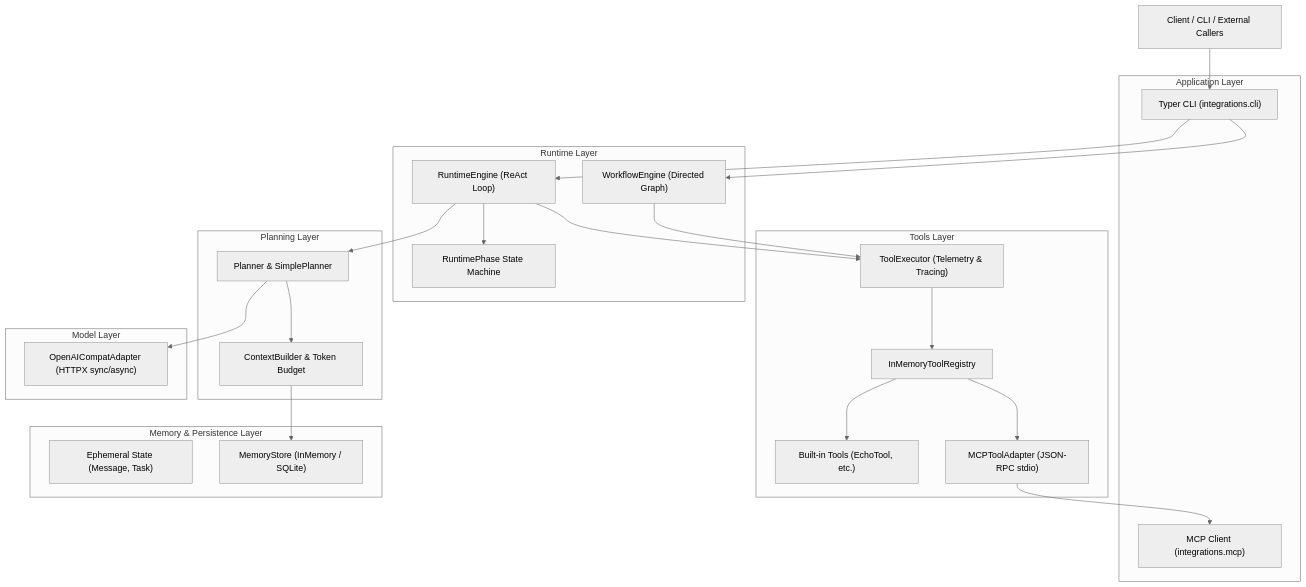
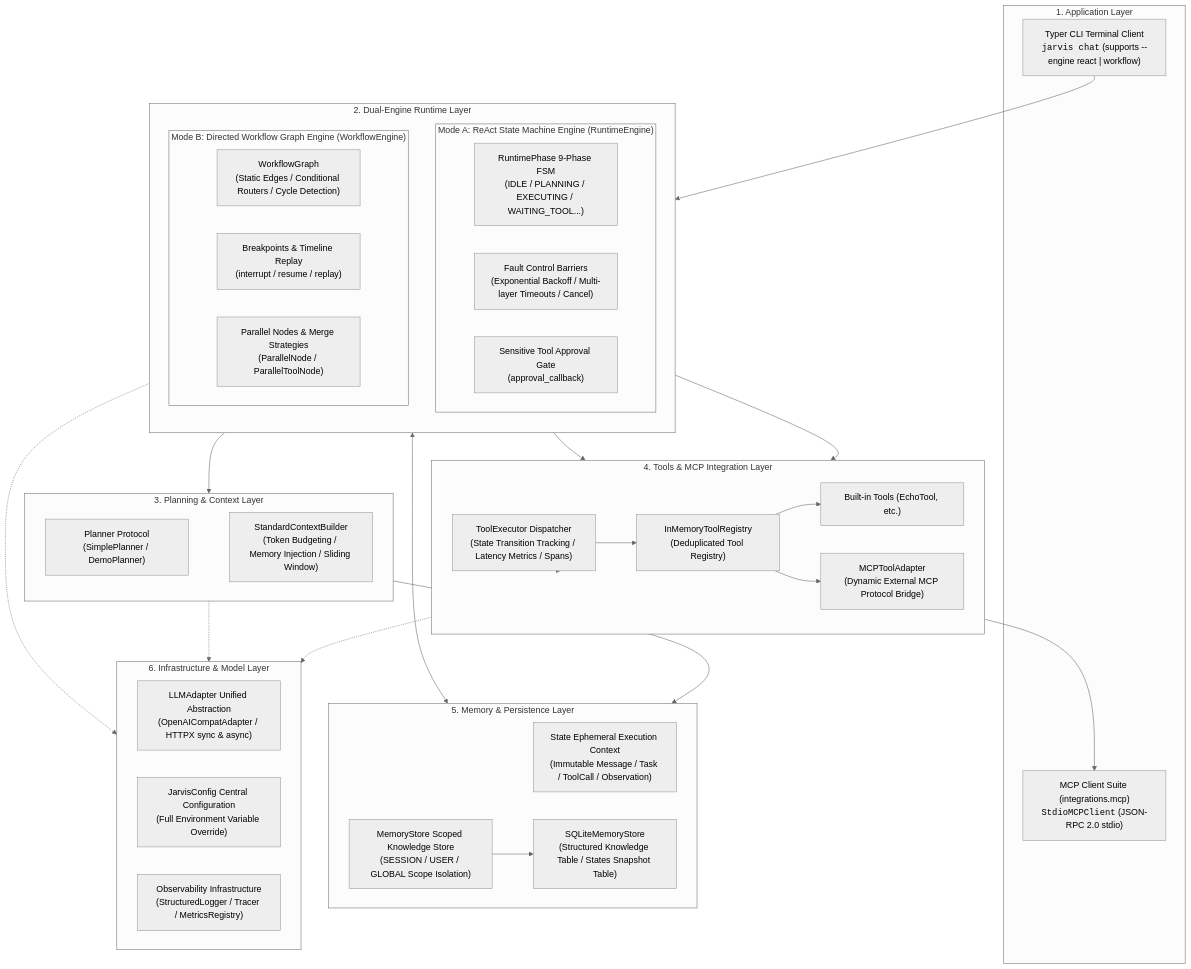
Before and after one commit to theGitForDalibor/AgentCore: the first of 3 diagrams in README.en.md, drawn with Mermaid (neutral theme). The commit also changed other lines of this file and 1 other file, not shown here.

Commit message:
Refactor code structure for improved readability and maintainability

````diff
--- a/README.en.md
+++ b/README.en.md
@@ -58,51 +77,77 @@
 ```mermaid
 flowchart TD
-    Client["Client / CLI / External Callers"]
-    
-    subgraph AppLayer ["Application Layer"]
-        CLI["Typer CLI (integrations.cli)"]
-        MCPClientPkg["MCP Client (integrations.mcp)"]
+    %% 1. Application Layer
+    subgraph AppLayer["1. Application Layer"]
+        CLI["Typer CLI Terminal Client<br><code>jarvis chat</code> (supports --engine react | workflow)"]
+        MCPClientPkg["MCP Client Suite (integrations.mcp)<br><code>StdioMCPClient</code> (JSON-RPC 2.0 stdio)"]
     end
 
-    subgraph RuntimeLayer ["Runtime Layer"]
-        RuntimeEngine["RuntimeEngine (ReAct Loop)"]
-        WorkflowEngine["WorkflowEngine (Directed Graph)"]
-        StateMachine["RuntimePhase State Machine"]
+    %% 2. Dual-Engine Runtime Layer
+    subgraph EngineLayer["2. Dual-Engine Runtime Layer"]
+        direction TB
+
+        subgraph ReActEngine["Mode A: ReAct State Machine Engine (RuntimeEngine)"]
+            direction LR
+            SM["RuntimePhase 9-Phase FSM<br>(IDLE / PLANNING / EXECUTING / WAITING_TOOL...)"]
+            Retry["Fault Control Barriers<br>(Exponential Backoff / Multi-layer Timeouts / Cancel)"]
+            Approval["Sensitive Tool Approval Gate<br>(approval_callback)"]
+        end
+
+        subgraph WorkflowEngineBox["Mode B: Directed Workflow Graph Engine (WorkflowEngine)"]
+            direction LR
+            Graph["WorkflowGraph<br>(Static Edges / Conditional Routers / Cycle Detection)"]
+            HITL["Breakpoints & Timeline Replay<br>(interrupt / resume / replay)"]
+            Parallel["Parallel Nodes & Merge Strategies<br>(ParallelNode / ParallelToolNode)"]
+        end
     end
 
-    subgraph PlanLayer ["Planning Layer"]
-        Planner["Planner & SimplePlanner"]
-        ContextBuilder["ContextBuilder & Token Budget"]
+    %% 3. Planning & Context Layer
+    subgraph PlanLayer["3. Planning & Context Layer"]
+        direction LR
+        Planner["Planner Protocol<br>(SimplePlanner / DemoPlanner)"]
+        ContextBuilder["StandardContextBuilder<br>(Token Budgeting / Memory Injection / Sliding Window)"]
     end
 
-    subgraph ToolLayer ["Tools Layer"]
-        ToolExecutor["ToolExecutor (Telemetry & Tracing)"]
-        ToolRegistry["InMemoryToolRegistry"]
-        BuiltinTools["Built-in Tools (EchoTool, etc.)"]
-        MCPAdapter["MCPToolAdapter (JSON-RPC stdio)"]
+    %% 4. Tools & MCP Integration Layer
+    subgraph ToolLayer["4. Tools & MCP Integration Layer"]
+        direction LR
+        Executor["ToolExecutor Dispatcher<br>(State Transition Tracking / Latency Metrics / Spans)"]
+        Registry["InMemoryToolRegistry<br>(Deduplicated Tool Registry)"]
+        MCPAdapter["MCPToolAdapter<br>(Dynamic External MCP Protocol Bridge)"]
+        EchoTool["Built-in Tools (EchoTool, etc.)"]
     end
 
-    subgraph StorageLayer ["Memory & Persistence Layer"]
-        StateMem["Ephemeral State (Message, Task)"]
-        MemStore["MemoryStore (InMemory / SQLite)"]
+    %% 5. Memory & Persistence Layer
+    subgraph StorageLayer["5. Memory & Persistence Layer"]
+        direction LR
+        State["State Ephemeral Execution Context<br>(Immutable Message / Task / ToolCall / Observation)"]
+        MemStore["MemoryStore Scoped Knowledge Store<br>(SESSION / USER / GLOBAL Scope Isolation)"]
+        SQLite["SQLiteMemoryStore<br>(Structured Knowledge Table / States Snapshot Table)"]
     end
 
-    subgraph ModelLayer ["Model Layer"]
-        LLMAdapter["OpenAICompatAdapter (HTTPX sync/async)"]
+    %% 6. Infrastructure & Model Layer
+    subgraph InfraLayer["6. Infrastructure & Model Layer"]
+        direction LR
+        LLM["LLMAdapter Unified Abstraction<br>(OpenAICompatAdapter / HTTPX sync & async)"]
+        Config["JarvisConfig Central Configuration<br>(Full Environment Variable Override)"]
+        Telemetry["Observability Infrastructure<br>(StructuredLogger / Tracer / MetricsRegistry)"]
     end
 
-    Client --> CLI
-    CLI --> RuntimeEngine
-    CLI --> WorkflowEngine
-    RuntimeEngine --> StateMachine
-    RuntimeEngine --> Planner
-    RuntimeEngine --> ToolExecutor
-    WorkflowEngine --> ToolExecutor
-    Planner --> ContextBuilder
-    Planner --> LLMAdapter
+    %% Cross-layer Data Flow
+    CLI --> EngineLayer
+    ReActEngine --> PlanLayer
+    ReActEngine --> ToolLayer
+    WorkflowEngineBox --> ToolLayer
+    PlanLayer --> ContextBuilder
+    PlanLayer -.-> LLM
     ContextBuilder --> MemStore
-    ToolExecutor --> ToolRegistry
-    ToolRegistry --> BuiltinTools
-    ToolRegistry --> MCPAdapter
+    ToolLayer --> Executor
+    Executor --> Registry
+    Registry --> EchoTool
+    Registry --> MCPAdapter
     MCPAdapter --> MCPClientPkg
+    EngineLayer <--> StorageLayer
+    MemStore --> SQLite
+    EngineLayer -.-> Telemetry
+    ToolLayer -.-> Telemetry
 ```
````
